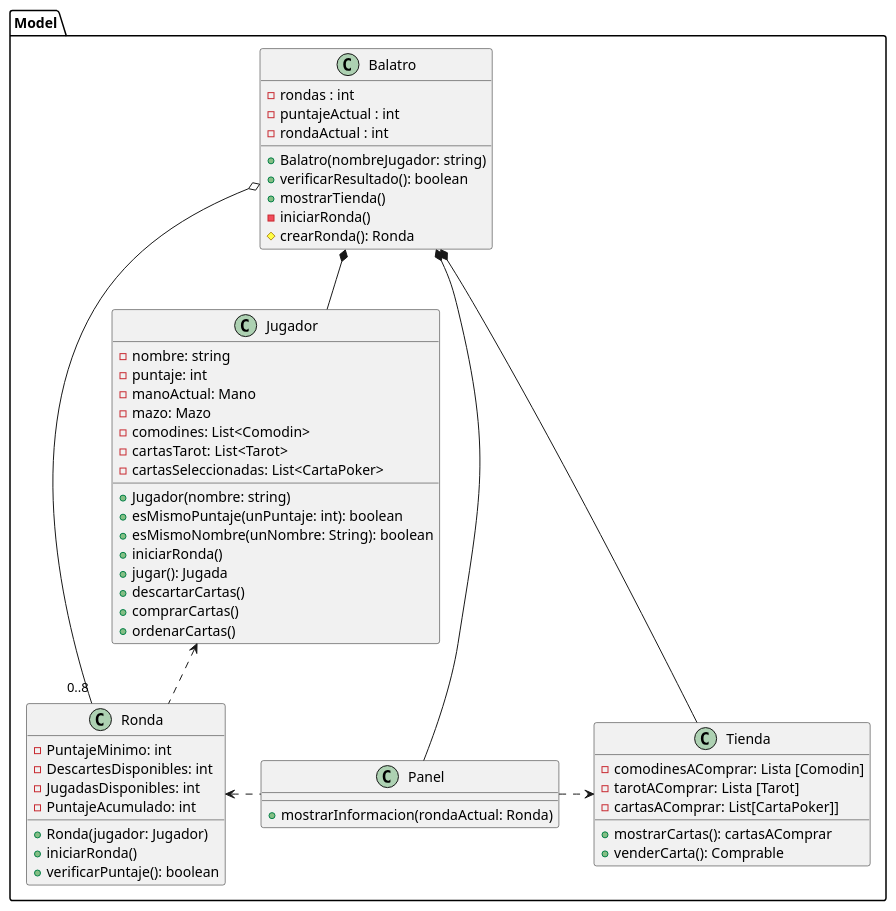
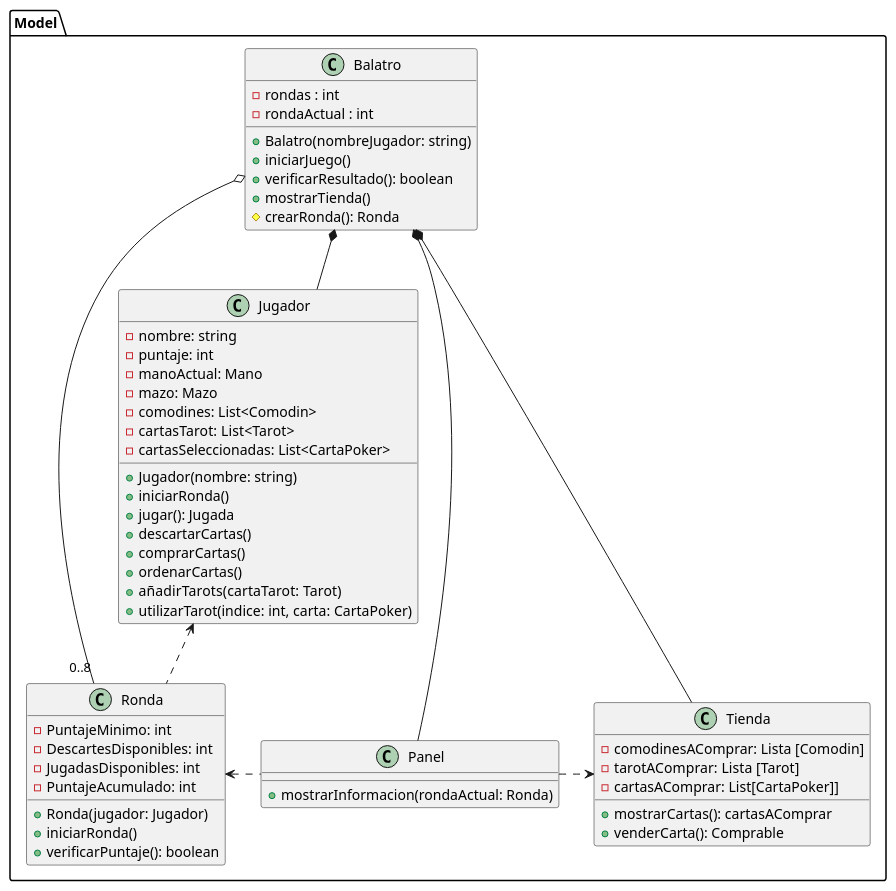
The diagram in diagrams/classes/clasesBalatro1.puml (carruizdiaz1109/UBAlatro), drawn with PlantUML before and after one commit. The commit also changed 5 other files, not shown here.

Commit message:
Actualizacion diagrama de clases. Modificacion clase jugador y su test

```diff
--- a/diagrams/classes/clasesBalatro1.puml
+++ b/diagrams/classes/clasesBalatro1.puml
@@ -1,64 +1,64 @@
 @startuml
 
 package Model {
 
 class Balatro {
     - rondas : int
-    - puntajeActual : int
     - rondaActual : int
     + Balatro(nombreJugador: string)
-    +verificarResultado(): boolean
+    + iniciarJuego()
+    + verificarResultado(): boolean
     + mostrarTienda()
-    - iniciarRonda()
     # crearRonda(): Ronda
 }
 
 class Jugador {
     - nombre: string
     - puntaje: int
     - manoActual: Mano
     - mazo: Mazo
     - comodines: List<Comodin>
     - cartasTarot: List<Tarot>
     - cartasSeleccionadas: List<CartaPoker>
     + Jugador(nombre: string)
-    + esMismoPuntaje(unPuntaje: int): boolean
-    + esMismoNombre(unNombre: String): boolean
     + iniciarRonda()
     + jugar(): Jugada
     + descartarCartas()
     + comprarCartas()
     + ordenarCartas()
+    + añadirTarots(cartaTarot: Tarot)
+    + utilizarTarot(indice: int, carta: CartaPoker)
+
 }
 
 class Tienda {
     - comodinesAComprar: Lista [Comodin]
     - tarotAComprar: Lista [Tarot]
     - cartasAComprar: List[CartaPoker]]
     + mostrarCartas(): cartasAComprar
     + venderCarta(): Comprable
 }
 
 class Ronda {
     - PuntajeMinimo: int
     - DescartesDisponibles: int
     - JugadasDisponibles: int
     - PuntajeAcumulado: int
     + Ronda(jugador: Jugador)
     + iniciarRonda()
     + verificarPuntaje(): boolean
 }
 
 class Panel {
     + mostrarInformacion(rondaActual: Ronda)
 }
 
 Balatro *-- Jugador
 Balatro *-- Tienda
 Balatro o-- "0..8" Ronda
 Balatro *-- Panel
 Ronda .up.> Jugador
 Panel .left.> Ronda
 Panel .right.> Tienda
 }
 @enduml
```
